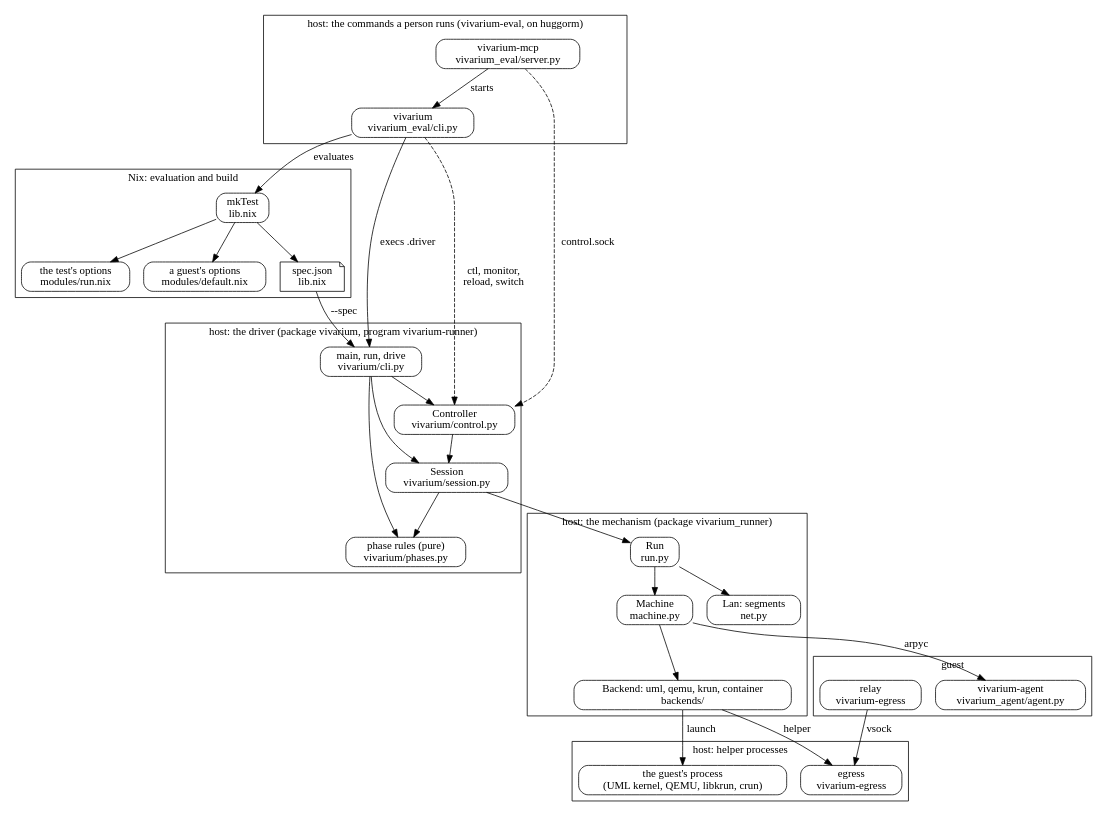
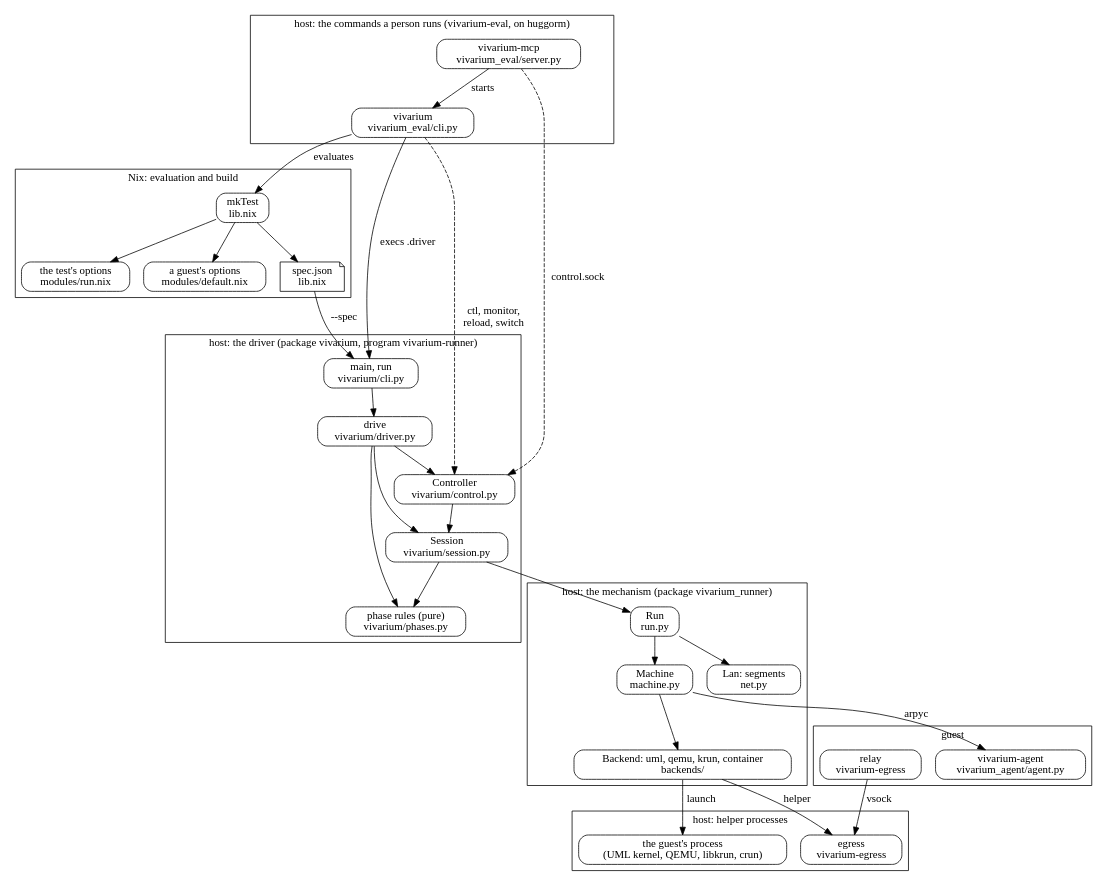
One commit to nixidae/nixidae changed the diagram in vivarium/docs/architecture/packages.dot. Above: the diagram before and after it, drawn with Graphviz. The commit also changed 7 other files, not shown here.

First line of the commit message:
vivarium: move the run's order out of the command line into driver.py

```diff
--- a/vivarium/docs/architecture/packages.dot
+++ b/vivarium/docs/architecture/packages.dot
@@ -1,73 +1,75 @@
 // The parts of vivarium and who uses whom. An edge means "calls, starts
 // or imports". Each node names the file that holds it (`file`) and the
 // definition (`symbol`); `checks.docs` fails when either is gone.
 digraph packages {
   rankdir = TB;
   compound = true;
   node [shape = box, style = rounded];
 
   subgraph cluster_nix {
     label = "Nix: evaluation and build";
     mkTest   [label = "mkTest\nlib.nix", file = "lib.nix", symbol = "mkTest"];
     runmod   [label = "the test's options\nmodules/run.nix", file = "modules/run.nix", symbol = "phases"];
     guestmod [label = "a guest's options\nmodules/default.nix", file = "modules/default.nix", symbol = "backend"];
     spec     [label = "spec.json\nlib.nix", file = "lib.nix", symbol = "spec", shape = note, style = ""];
   }
 
   subgraph cluster_cli {
     label = "host: the commands a person runs (vivarium-eval, on huggorm)";
     cli [label = "vivarium\nvivarium_eval/cli.py", file = "pkgs/vivarium-eval/vivarium_eval/cli.py", symbol = "main"];
     mcp [label = "vivarium-mcp\nvivarium_eval/server.py", file = "pkgs/vivarium-eval/vivarium_eval/server.py", symbol = "build"];
   }
 
   subgraph cluster_driver {
     label = "host: the driver (package vivarium, program vivarium-runner)";
-    main       [label = "main, run, drive\nvivarium/cli.py", file = "pkgs/vivarium/vivarium/cli.py", symbol = "drive"];
+    main       [label = "main, run\nvivarium/cli.py", file = "pkgs/vivarium/vivarium/cli.py", symbol = "run"];
+    driver     [label = "drive\nvivarium/driver.py", file = "pkgs/vivarium/vivarium/driver.py", symbol = "drive"];
     session    [label = "Session\nvivarium/session.py", file = "pkgs/vivarium/vivarium/session.py", symbol = "Session"];
     phases     [label = "phase rules (pure)\nvivarium/phases.py", file = "pkgs/vivarium/vivarium/phases.py", symbol = "ready"];
     controller [label = "Controller\nvivarium/control.py", file = "pkgs/vivarium/vivarium/control.py", symbol = "Controller"];
   }
 
   subgraph cluster_runner {
     label = "host: the mechanism (package vivarium_runner)";
     run      [label = "Run\nrun.py", file = "pkgs/vivarium-runner/vivarium_runner/run.py", symbol = "Run"];
     machine  [label = "Machine\nmachine.py", file = "pkgs/vivarium-runner/vivarium_runner/machine.py", symbol = "Machine"];
     backends [label = "Backend: uml, qemu, krun, container\nbackends/", file = "pkgs/vivarium-runner/vivarium_runner/backends/base.py", symbol = "Backend"];
     lan      [label = "Lan: segments\nnet.py", file = "pkgs/vivarium-runner/vivarium_runner/net.py", symbol = "Lan"];
   }
 
   subgraph cluster_helpers {
     label = "host: helper processes";
     egress [label = "egress\nvivarium-egress", file = "pkgs/vivarium-egress/src/bin/egress.rs", symbol = "main"];
     guestproc [label = "the guest's process\n(UML kernel, QEMU, libkrun, crun)", file = "pkgs/vivarium-runner/vivarium_runner/guestprocess.py", symbol = "GuestProcess"];
   }
 
   subgraph cluster_guest {
     label = "guest";
     agent [label = "vivarium-agent\nvivarium_agent/agent.py", file = "pkgs/vivarium-agent/vivarium_agent/agent.py", symbol = "Agent"];
     relay [label = "relay\nvivarium-egress", file = "pkgs/vivarium-egress/src/bin/relay.rs", symbol = "main"];
   }
 
   mkTest -> runmod;
   mkTest -> guestmod;
   mkTest -> spec;
   cli -> mkTest [label = "evaluates"];
   cli -> main [label = "execs .driver"];
   mcp -> cli [label = "starts"];
   spec -> main [label = "--spec"];
-  main -> session;
-  main -> controller;
-  main -> phases;
+  main -> driver;
+  driver -> session;
+  driver -> controller;
+  driver -> phases;
   session -> phases;
   session -> run;
   controller -> session;
   cli -> controller [label = "ctl, monitor,\nreload, switch", style = dashed];
   mcp -> controller [label = "control.sock", style = dashed];
   run -> machine;
   run -> lan;
   machine -> backends;
   backends -> guestproc [label = "launch"];
   backends -> egress [label = "helper"];
   machine -> agent [label = "arpyc"];
   relay -> egress [label = "vsock"];
 }
```
